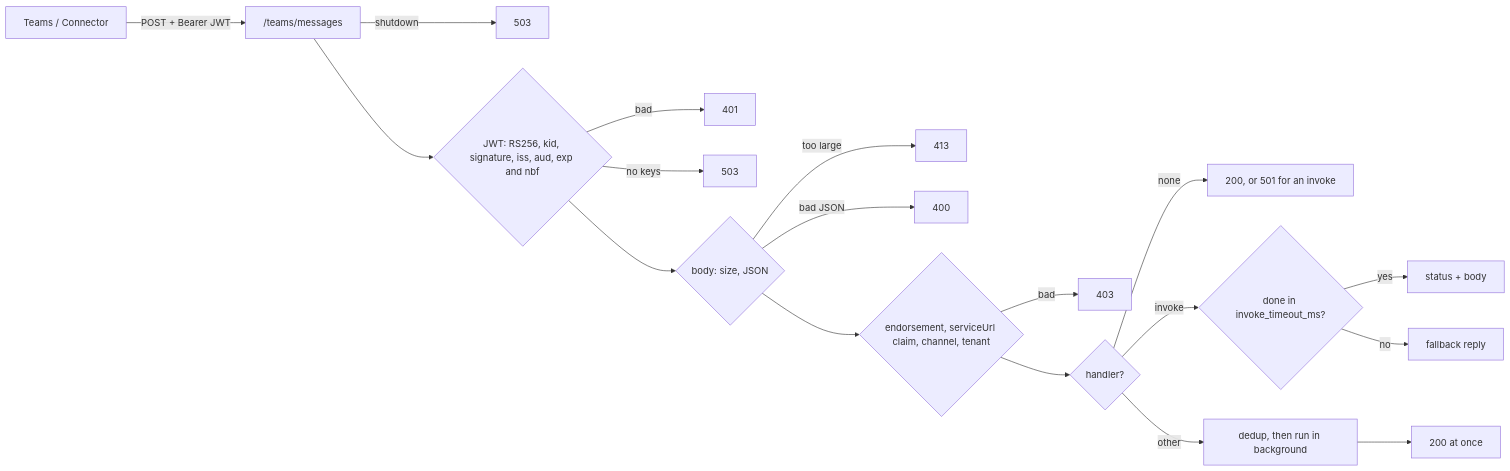
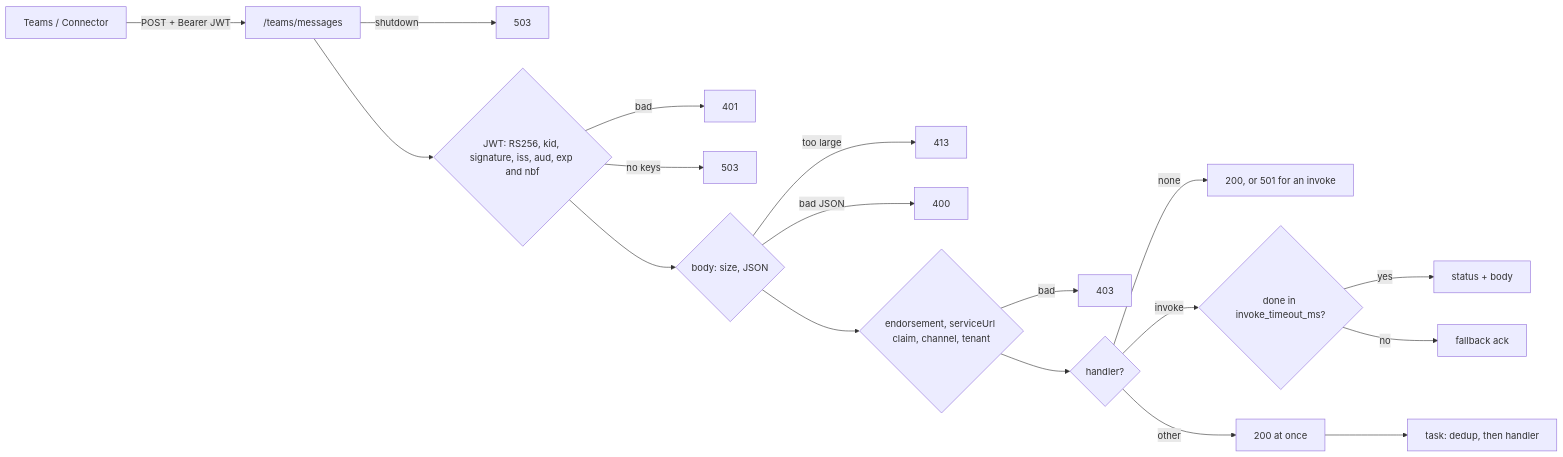
One commit to autumn-foundation/autumn-plugin-teams changed the diagram in README.md. Above: the diagram before and after it, drawn with Mermaid. The commit also changed other lines of this file and 19 other files, not shown here.

````diff
--- a/README.md
+++ b/README.md
@@ -84,19 +84,19 @@
 ```mermaid
 flowchart LR
   T[Teams / Connector] -->|POST + Bearer JWT| R["/teams/messages"]
   R -->|shutdown| E5[503]
   R --> J{JWT: RS256, kid, signature, iss, aud, exp and nbf}
   J -->|bad| E1[401]
   J -->|no keys| K[503]
   J --> B{body: size, JSON}
   B -->|too large| E4[413]
   B -->|bad JSON| E0[400]
   B --> C{endorsement, serviceUrl claim, channel, tenant}
   C -->|bad| E3[403]
   C --> H{handler?}
   H -->|none| U[200, or 501 for an invoke]
   H -->|invoke| W{done in invoke_timeout_ms?}
   W -->|yes| IR[status + body]
-  W -->|no| L[fallback reply]
-  H -->|other| BG[dedup, then run in background] --> A1[200 at once]
+  W -->|no| L[fallback ack]
+  H -->|other| A1[200 at once] --> BG[task: dedup, then handler]
 ```
````
